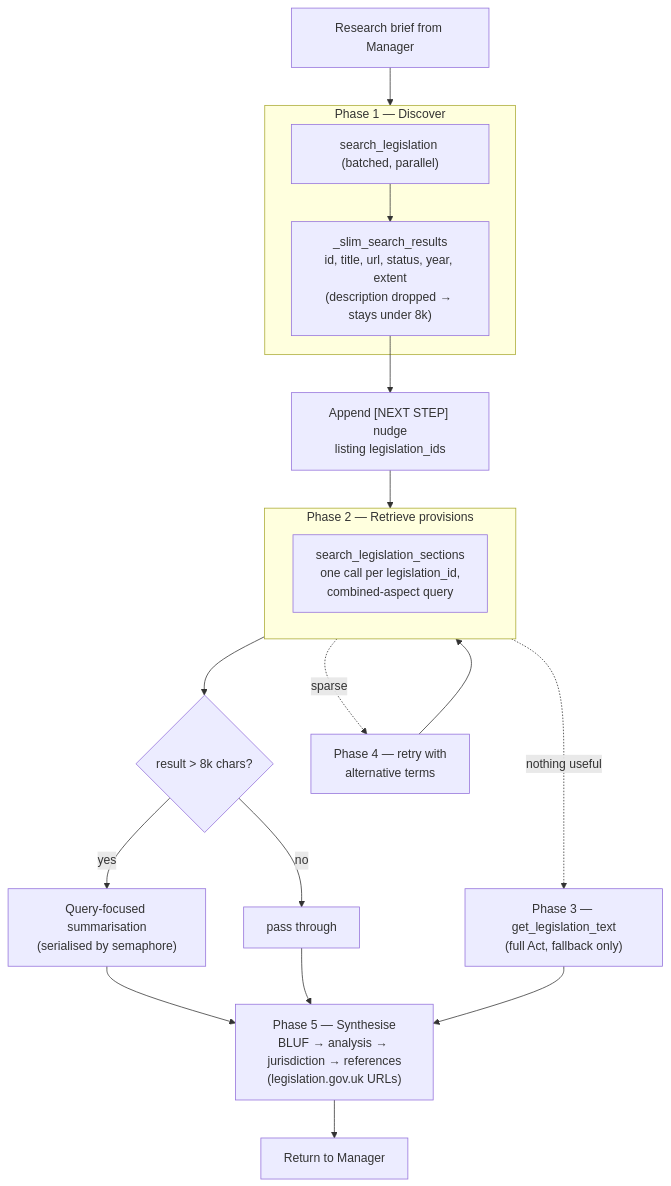
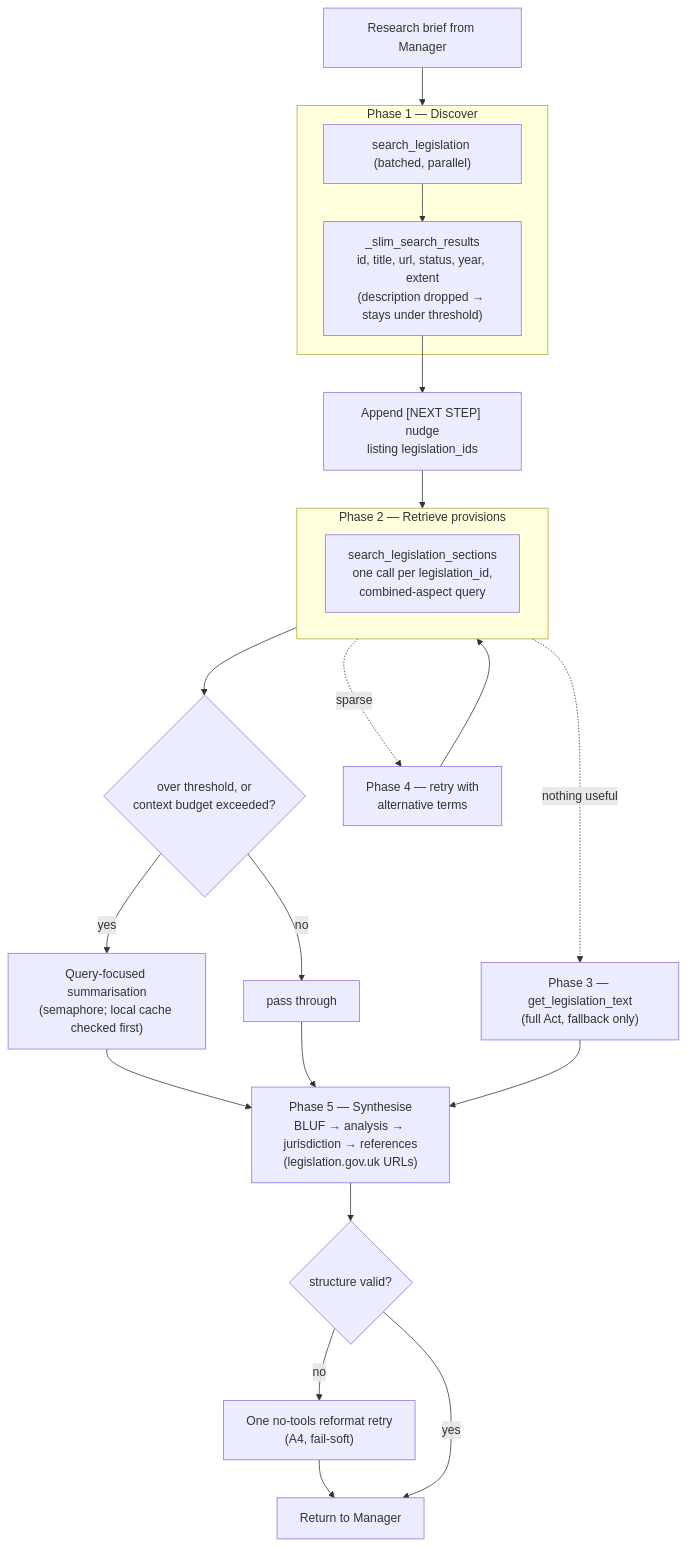
The fifth of 14 diagrams in docs/ARCHITECTURE.md (delphium226/LexChat), drawn with Mermaid before and after one commit. The commit also changed other lines of this file and 2 other files, not shown here.

First line of the commit message:
@ docs: refresh README/ARCHITECTURE for the multi-bot fleet, add plain-English overview

````diff
--- a/docs/ARCHITECTURE.md
+++ b/docs/ARCHITECTURE.md
@@ -230,26 +320,28 @@
 ```mermaid
 flowchart TD
     brief["Research brief from Manager"] --> p1
 
     subgraph p1["Phase 1 — Discover"]
         s1["search_legislation (batched, parallel)"]
-        s1 --> slim["_slim_search_results<br/>id, title, url, status, year, extent<br/>(description dropped → stays under 8k)"]
+        s1 --> slim["_slim_search_results<br/>id, title, url, status, year, extent<br/>(description dropped → stays under threshold)"]
     end
     slim --> nudge1["Append [NEXT STEP] nudge<br/>listing legislation_ids"]
 
     nudge1 --> p2
     subgraph p2["Phase 2 — Retrieve provisions"]
         s2["search_legislation_sections<br/>one call per legislation_id,<br/>combined-aspect query"]
     end
 
-    p2 --> big{"result > 8k chars?"}
-    big -- yes --> sum["Query-focused summarisation<br/>(serialised by semaphore)"]
+    p2 --> big{"over threshold, or<br/>context budget exceeded?"}
+    big -- yes --> sum["Query-focused summarisation<br/>(semaphore; local cache checked first)"]
     big -- no --> keep["pass through"]
     sum --> synth
     keep --> synth
 
     p2 -. sparse .-> iterate["Phase 4 — retry with<br/>alternative terms"] --> p2
     p2 -. nothing useful .-> fallback["Phase 3 — get_legislation_text<br/>(full Act, fallback only)"] --> synth
 
-    synth["Phase 5 — Synthesise<br/>BLUF → analysis → jurisdiction → references<br/>(legislation.gov.uk URLs)"] --> out["Return to Manager"]
+    synth["Phase 5 — Synthesise<br/>BLUF → analysis → jurisdiction → references<br/>(legislation.gov.uk URLs)"] --> chk{"structure valid?"}
+    chk -- no --> refmt["One no-tools reformat retry<br/>(A4, fail-soft)"] --> out
+    chk -- yes --> out["Return to Manager"]
 ```
````
